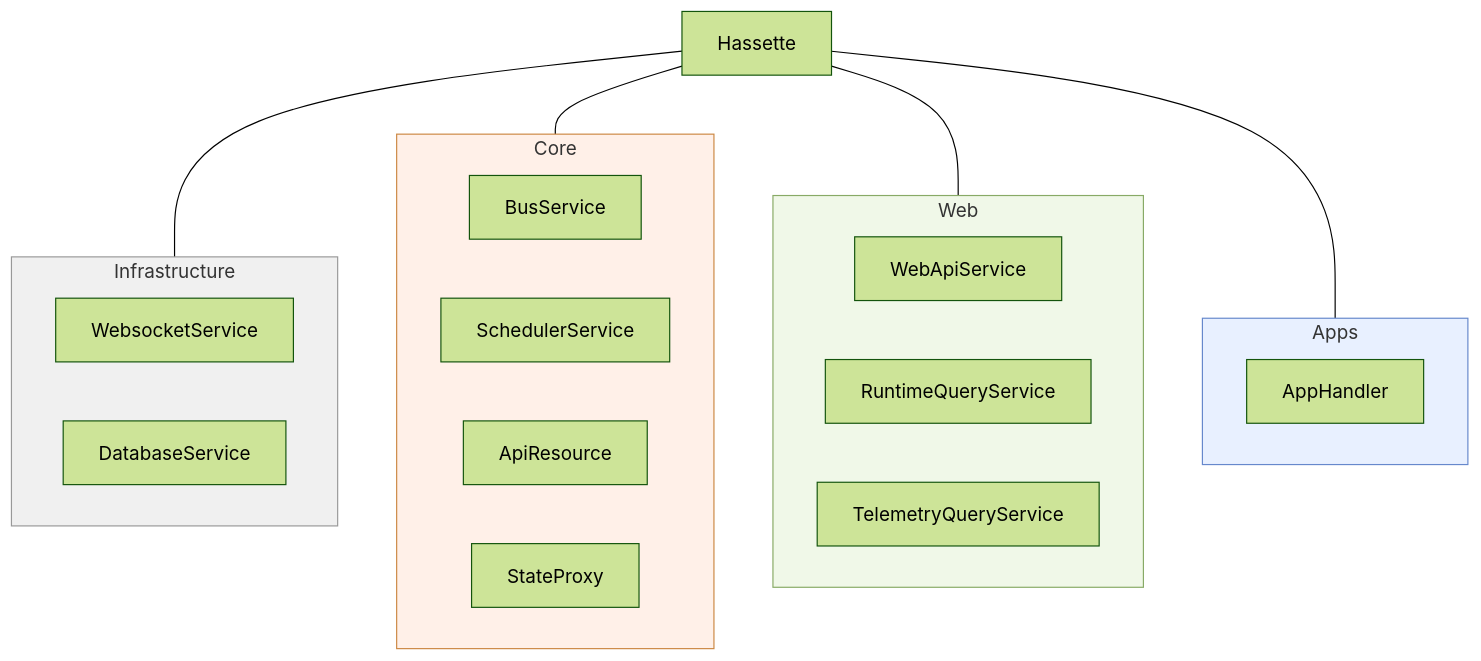
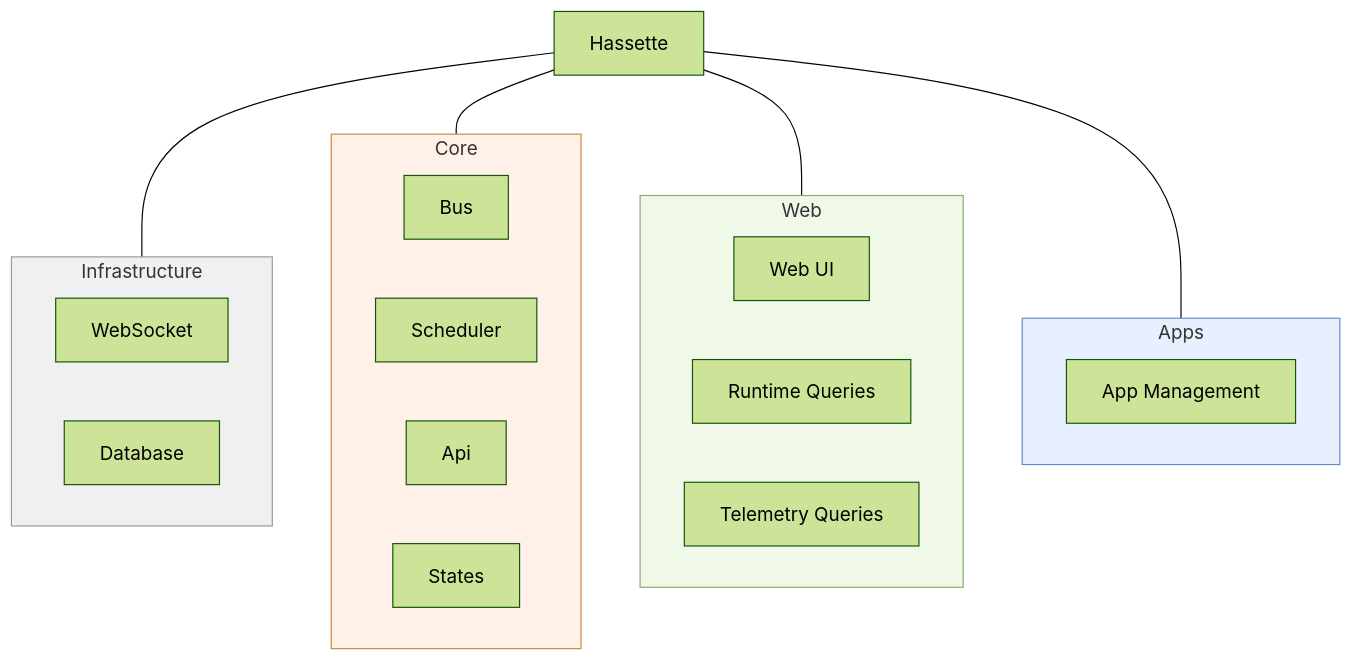
Before and after one commit to NodeJSmith/hassette: the third of 3 diagrams in docs/pages/core-concepts/index.md, drawn with Mermaid (forest theme). The commit also changed other lines of this file and 4 other files, not shown here.

First line of the commit message:
docs: rewrite Architecture, Internals, Database-Telemetry (T07 complete)

````diff
--- a/docs/pages/core-concepts/index.md
+++ b/docs/pages/core-concepts/index.md
@@ -69,36 +70,36 @@
 ```mermaid
 flowchart TD
     H[Hassette]
 
     subgraph infra["Infrastructure"]
         direction LR
-        WS[WebsocketService]
-        DB[DatabaseService]
+        WS[WebSocket]
+        DB[Database]
     end
 
     subgraph core["Core"]
         direction LR
-        BUS[BusService]
-        SCHED[SchedulerService]
-        API[ApiResource]
-        STATE[StateProxy]
+        BUS[Bus]
+        SCHED[Scheduler]
+        API[Api]
+        STATE[States]
     end
 
     subgraph web["Web"]
         direction LR
-        WEB[WebApiService]
-        RTQ[RuntimeQueryService]
-        TQ[TelemetryQueryService]
+        WEB[Web UI]
+        RTQ[Runtime Queries]
+        TQ[Telemetry Queries]
     end
 
     subgraph apps["Apps"]
-        APPH[AppHandler]
+        APPH[App Management]
     end
 
     H --- infra & core & web & apps
 
     style infra fill:#f0f0f0,stroke:#999
     style core fill:#fff0e8,stroke:#cc8844
     style web fill:#f0f8e8,stroke:#88aa66
     style apps fill:#e8f0ff,stroke:#6688cc
 ```
````
